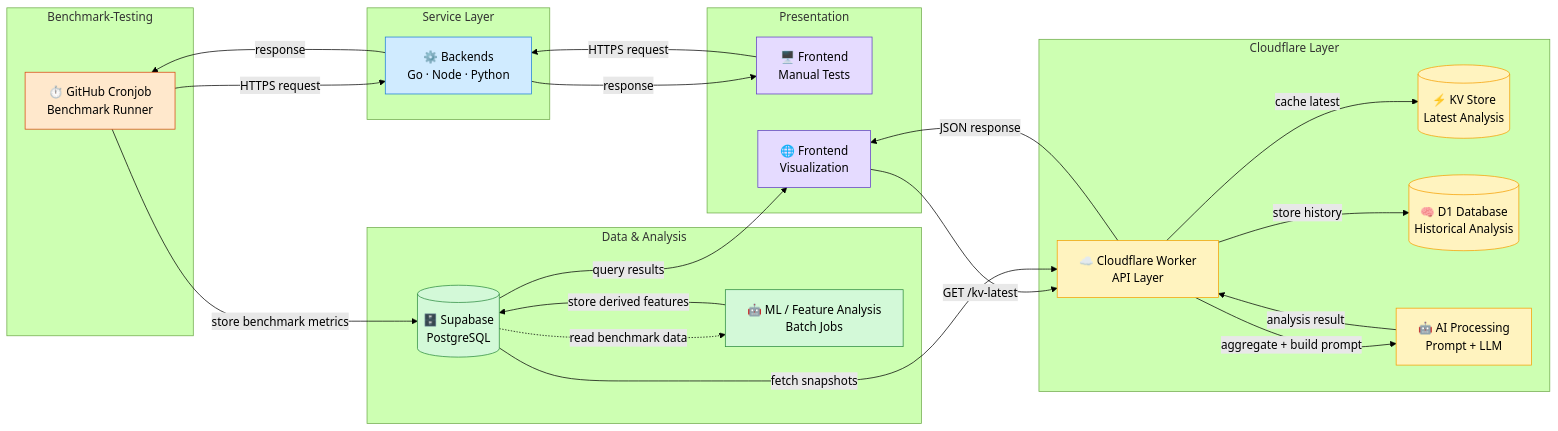
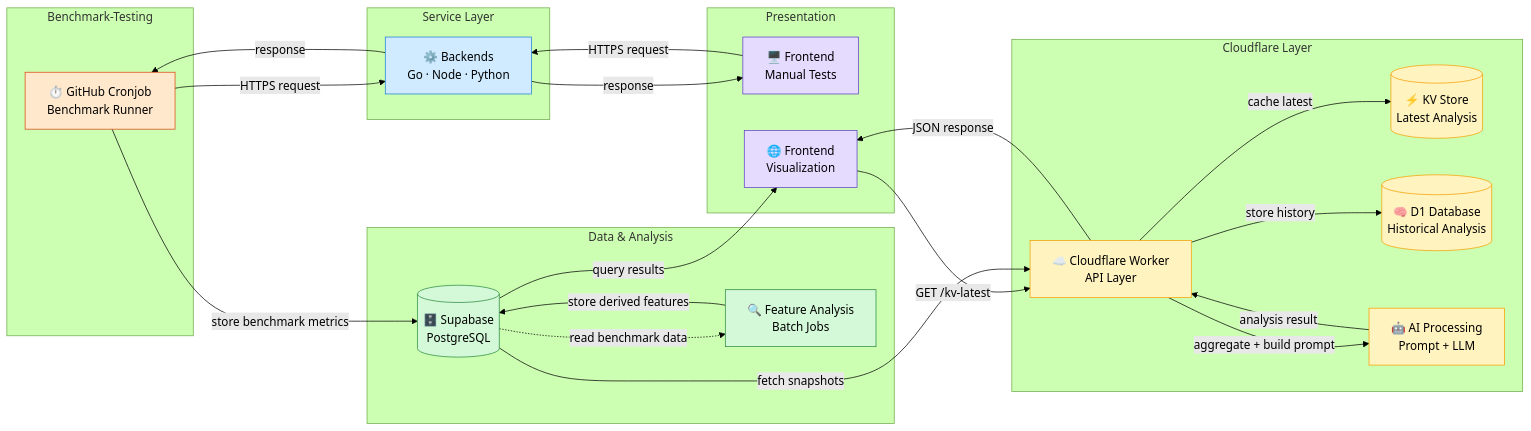
One commit to T-Al-D/fs-lab-overview changed the diagram in README.md. Above: the diagram before and after it, drawn with Mermaid (forest theme). The commit also changed other lines of this file, not shown here.

Commit message:
refactor(readme): clarify architecture, replace ML with AI-based analysis, and add key insights

````diff
--- a/README.md
+++ b/README.md
@@ -19,71 +25,71 @@
 ```mermaid
 flowchart LR
     Cron[⏱️ GitHub Cronjob<br/>Benchmark Runner]
     FE_Test[🖥️ Frontend<br/>Manual Tests]
     BE[⚙️ Backends<br/>Go · Node · Python]
     DB[(🗄️ Supabase<br/>PostgreSQL)]
-    ML[🤖 ML / Feature Analysis<br/>Batch Jobs]
+    ML[🔍 Feature Analysis<br/>Batch Jobs]
     FE_View[🌐 Frontend<br/>Visualization]
 
     CF_Worker[☁️ Cloudflare Worker<br/>API Layer]
     KV[(⚡ KV Store<br/>Latest Analysis)]
     D1[(🧠 D1 Database<br/>Historical Analysis)]
     AI[🤖 AI Processing<br/>Prompt + LLM]
 
     subgraph Presentation
     FE_Test
     FE_View
     end
 
     subgraph Service Layer
     BE
     end
 
     subgraph Data & Analysis
     DB
     ML
     end
 
     subgraph Benchmark-Testing
     Cron
     end
 
     subgraph Cloudflare Layer
         CF_Worker
         AI
         KV
         D1
     end
 
     %% Frontend Consumption
     FE_View -->|GET /kv-latest| CF_Worker
     CF_Worker -->|JSON response| FE_View
     FE_Test -->|HTTPS request| BE
     BE -->|response| FE_Test
 
     Cron -->|HTTPS request| BE
     BE -->|response| Cron
     Cron -->|store benchmark metrics| DB
     DB -.->|read benchmark data| ML
     ML -->|store derived features| DB
     DB -->|query results| FE_View
 
     %% Cloudflare AI Pipeline
     DB -->|fetch snapshots| CF_Worker
     CF_Worker -->|aggregate + build prompt| AI
     AI -->|analysis result| CF_Worker
      CF_Worker -->|store history| D1
     CF_Worker -->|cache latest| KV
 
     classDef benchmark fill:#ffe8cc,stroke:#d9480f,color:#000
     classDef service fill:#d0ebff,stroke:#1c7ed6,color:#000
     classDef data fill:#d3f9d8,stroke:#2b8a3e,color:#000
     classDef frontend fill:#e5dbff,stroke:#5f3dc4,color:#000
     classDef cloud fill:#fff3bf,stroke:#f59f00,color:#000
 
     class Cron benchmark
     class BE service
     class DB,ML data
     class FE_Test,FE_View frontend
     class KV,D1,CF_Worker,AI cloud
 ```
````
